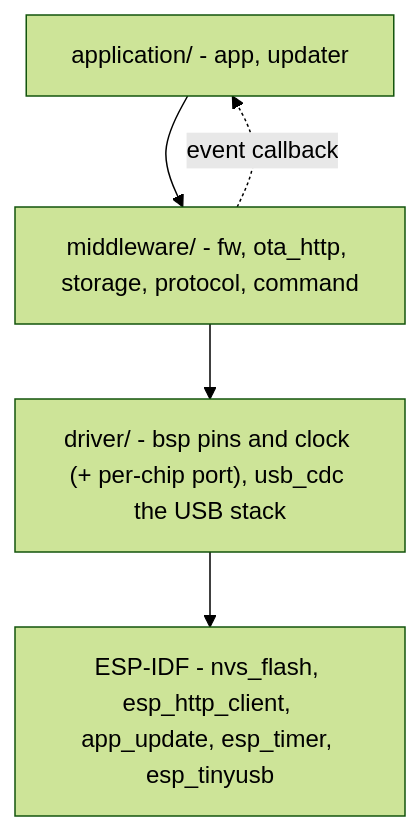
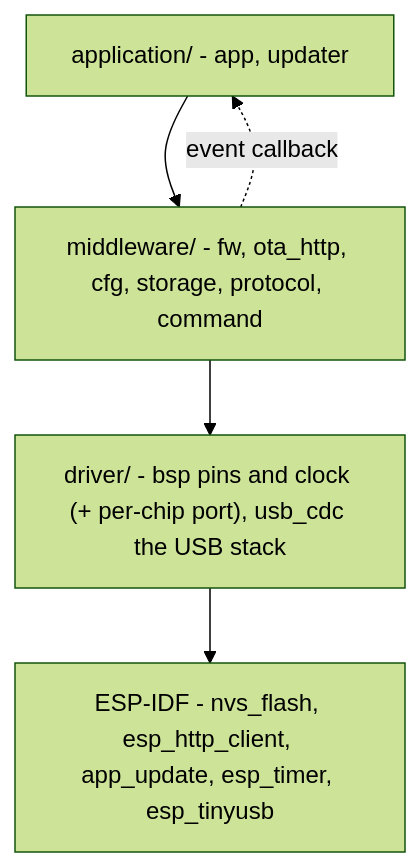
The diagram in docs/memory-ai/architecture/layering-and-dependencies.md (dtbao-embedded-dev/app-updater), drawn with Mermaid (forest theme) before and after one commit. The commit also changed other lines of this file and 8 other files, not shown here.

First line of the commit message:
docs: sync the memory bank and changelog with the cfg/storage split

````diff
--- a/docs/memory-ai/architecture/layering-and-dependencies.md
+++ b/docs/memory-ai/architecture/layering-and-dependencies.md
@@ -23,10 +23,10 @@
 ```mermaid
 flowchart TD
     APP["application/ - app, updater"]
-    MW["middleware/ - fw, ota_http, storage, protocol, command"]
+    MW["middleware/ - fw, ota_http, cfg, storage, protocol, command"]
     DRV["driver/ - bsp pins and clock (+ per-chip port), usb_cdc the USB stack"]
     SDK["ESP-IDF - nvs_flash, esp_http_client, app_update, esp_timer, esp_tinyusb"]
 
     APP --> MW --> DRV --> SDK
     MW -. "event callback" .-> APP
 ```
````
